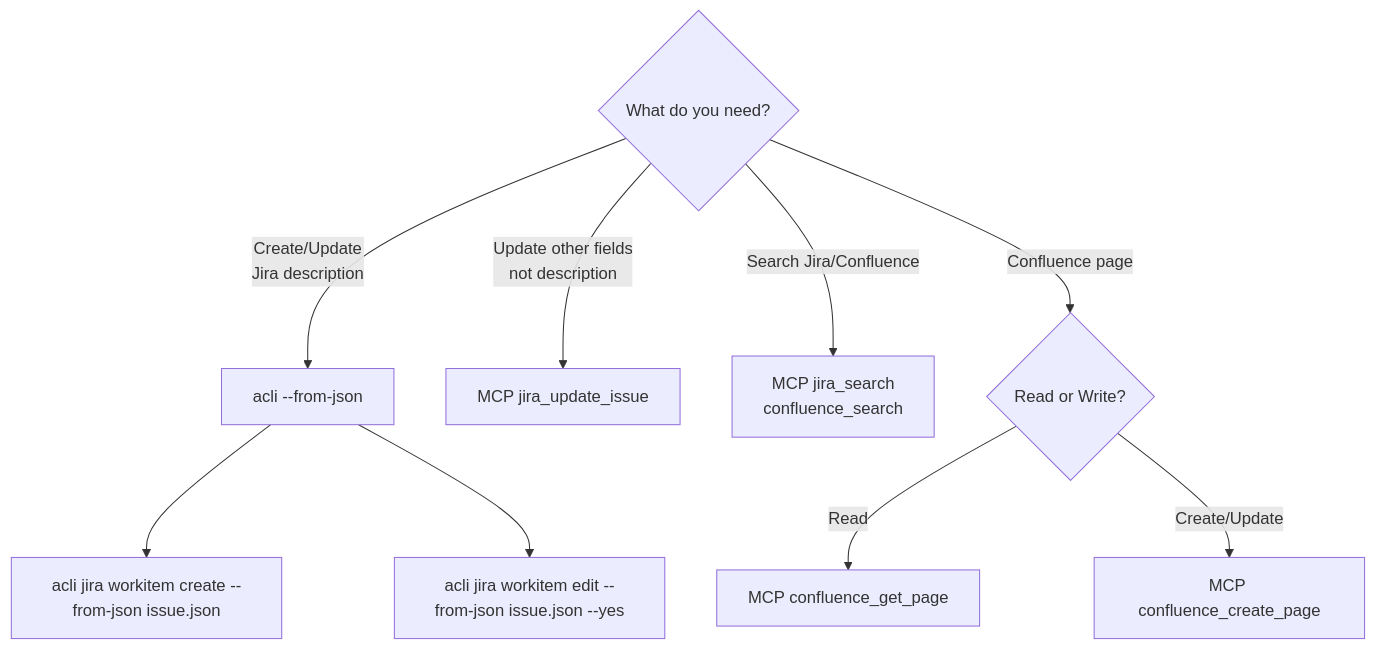
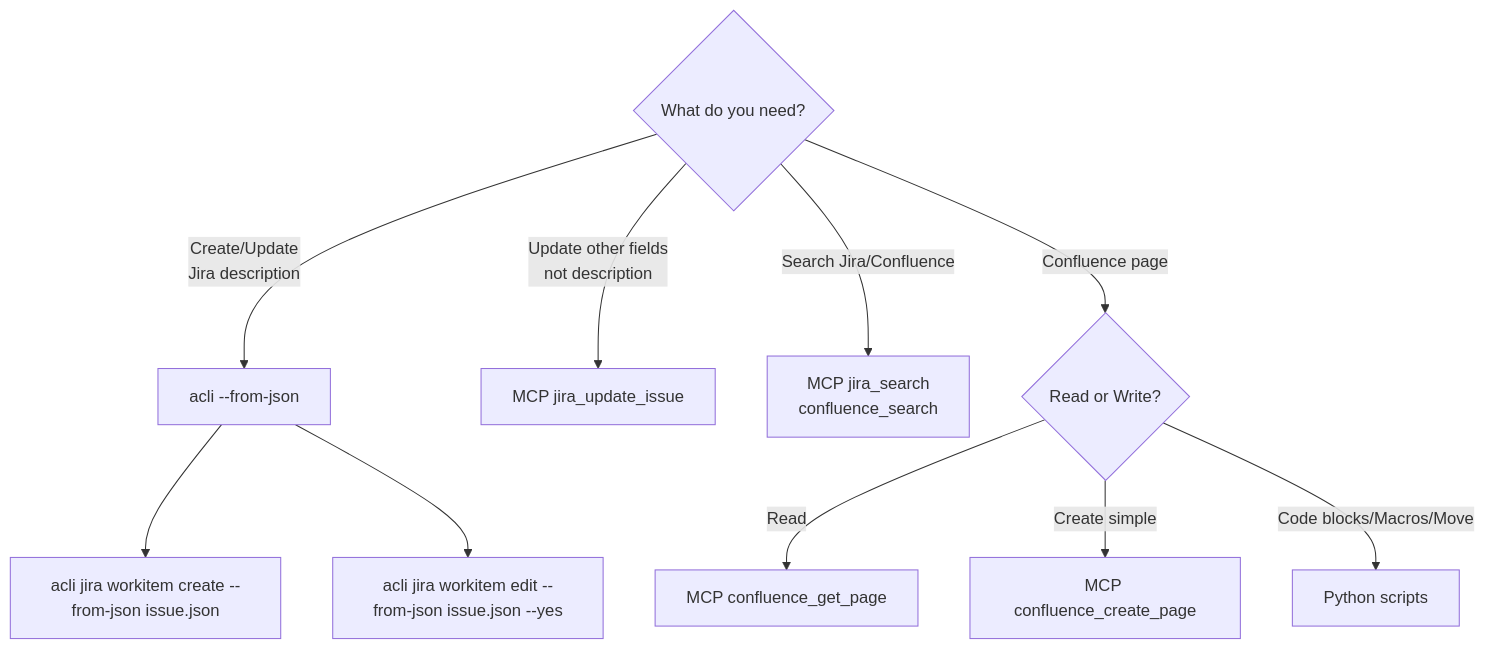
One commit to wasikarn/jira-generator changed the diagram in CLAUDE.md. Above: the diagram before and after it, drawn with Mermaid. The commit also changed other lines of this file and 2 other files, not shown here.

First line of the commit message:
Update project docs with Confluence scripts info

````diff
--- a/CLAUDE.md
+++ b/CLAUDE.md
@@ -193,16 +202,17 @@
 ```mermaid
 flowchart TD
     Q{What do you need?}
 
     Q --> |Create/Update<br>Jira description| A[acli --from-json]
     A --> A1["acli jira workitem create --from-json issue.json"]
     A --> A2["acli jira workitem edit --from-json issue.json --yes"]
 
     Q --> |Update other fields<br>not description| B[MCP jira_update_issue]
 
     Q --> |Search Jira/Confluence| C[MCP jira_search<br>confluence_search]
 
     Q --> |Confluence page| D{Read or Write?}
     D --> |Read| D1[MCP confluence_get_page]
-    D --> |Create/Update| D2[MCP confluence_create_page]
+    D --> |Create simple| D2[MCP confluence_create_page]
+    D --> |Code blocks/Macros/Move| D3[Python scripts]
 ```
````
